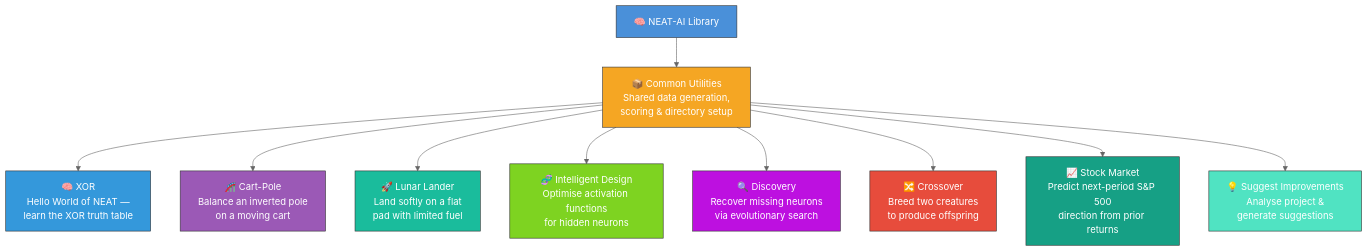
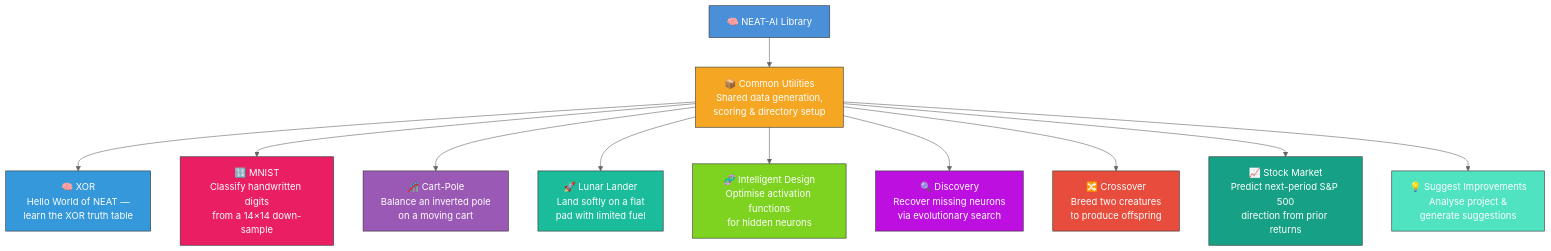
The first of 4 diagrams in README.md (stSoftwareAU/NEAT-AI-Examples), drawn with Mermaid (neutral theme) before and after one commit. The commit also changed other lines of this file and 8 other files, not shown here.

First line of the commit message:
Add MNIST handwritten digit classification example (#77)

````diff
--- a/README.md
+++ b/README.md
@@ -62,35 +71,38 @@
 ```mermaid
 flowchart TD
     NEAT["🧠 NEAT-AI Library"]
     COMMON["📦 Common Utilities<br/>Shared data generation,<br/>scoring & directory setup"]
 
     XOR["🧠 XOR<br/>Hello World of NEAT —<br/>learn the XOR truth table"]
+    MNIST["🔢 MNIST<br/>Classify handwritten digits<br/>from a 14×14 down-sample"]
     CART["🎢 Cart-Pole<br/>Balance an inverted pole<br/>on a moving cart"]
     LUNAR["🚀 Lunar Lander<br/>Land softly on a flat<br/>pad with limited fuel"]
     ID["🧬 Intelligent Design<br/>Optimise activation functions<br/>for hidden neurons"]
     DISC["🔍 Discovery<br/>Recover missing neurons<br/>via evolutionary search"]
     CROSS["🔀 Crossover<br/>Breed two creatures<br/>to produce offspring"]
     STOCK["📈 Stock Market<br/>Predict next-period S&P 500<br/>direction from prior returns"]
     SUGGEST["💡 Suggest Improvements<br/>Analyse project &<br/>generate suggestions"]
 
     NEAT --> COMMON
     COMMON --> XOR
+    COMMON --> MNIST
     COMMON --> CART
     COMMON --> LUNAR
     COMMON --> ID
     COMMON --> DISC
     COMMON --> CROSS
     COMMON --> STOCK
     COMMON --> SUGGEST
 
     style NEAT fill:#4a90d9,stroke:#333,color:#fff
     style COMMON fill:#f5a623,stroke:#333,color:#fff
     style XOR fill:#3498db,stroke:#333,color:#fff
+    style MNIST fill:#e91e63,stroke:#333,color:#fff
     style CART fill:#9b59b6,stroke:#333,color:#fff
     style LUNAR fill:#1abc9c,stroke:#333,color:#fff
     style ID fill:#7ed321,stroke:#333,color:#fff
     style DISC fill:#bd10e0,stroke:#333,color:#fff
     style CROSS fill:#e74c3c,stroke:#333,color:#fff
     style STOCK fill:#16a085,stroke:#333,color:#fff
     style SUGGEST fill:#50e3c2,stroke:#333,color:#fff
 ```
````
